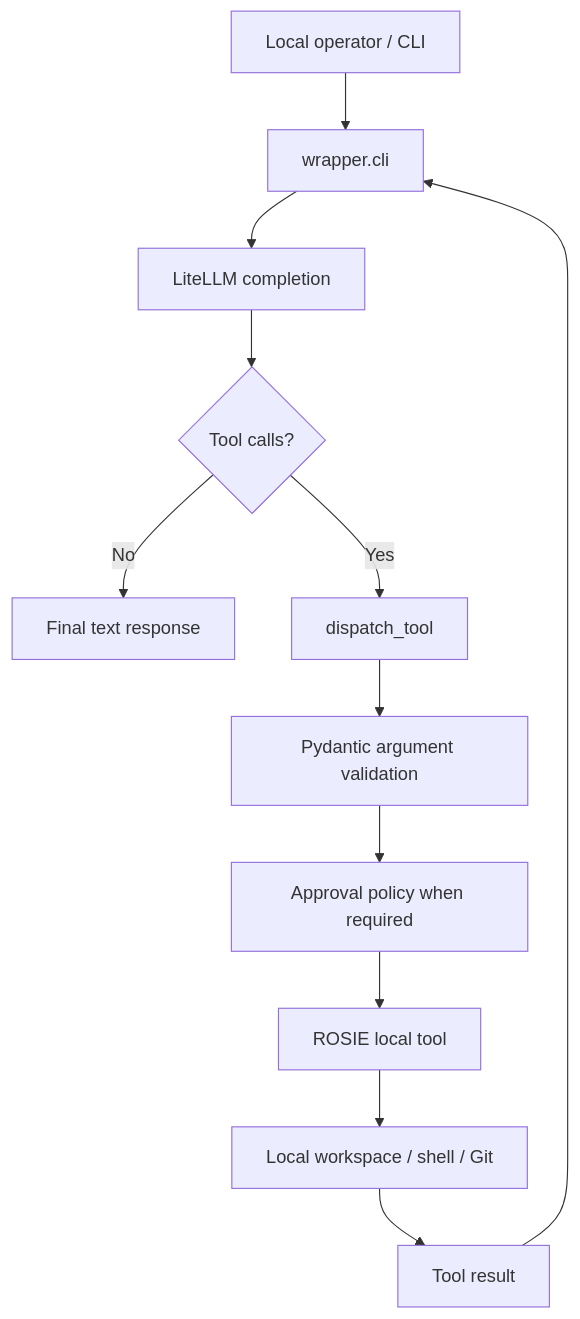
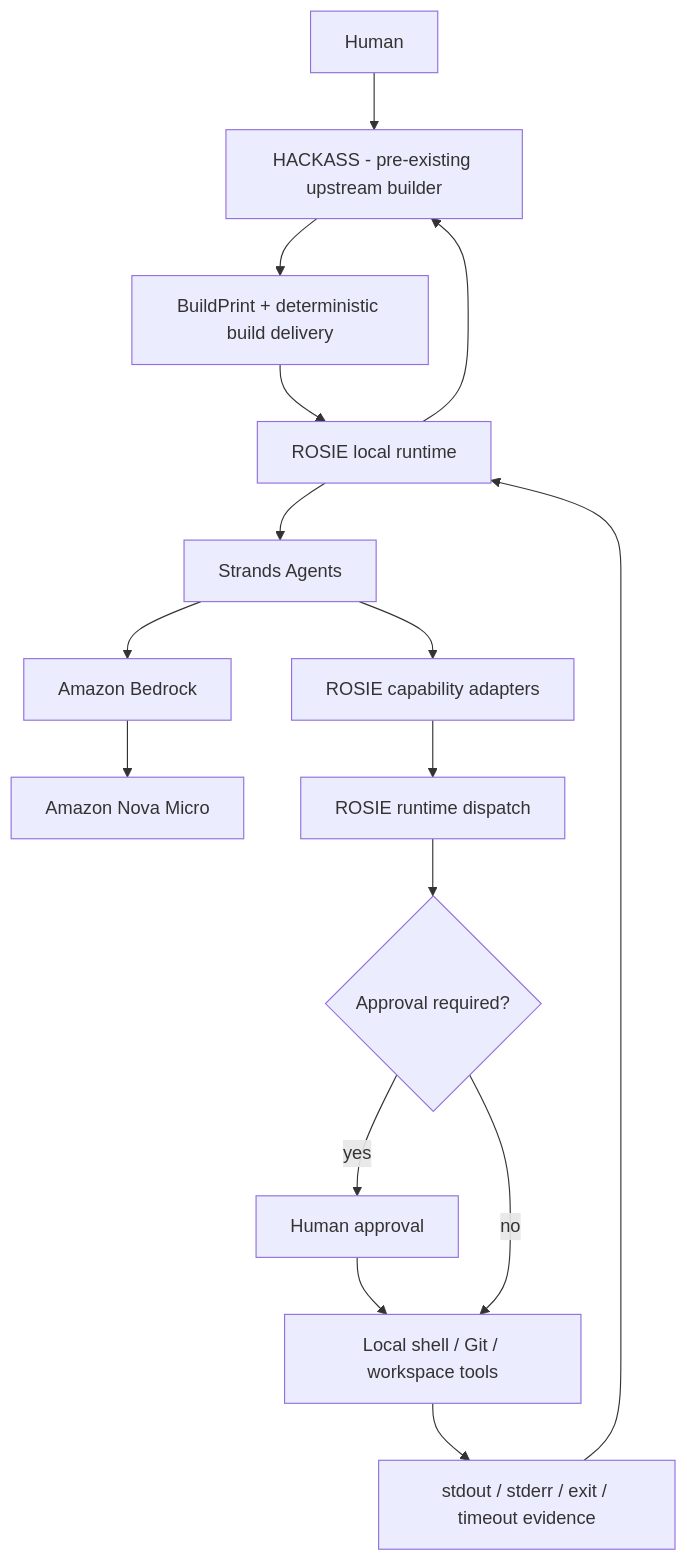
Before and after one commit to CenturionOversight/ROSIE: the diagram in docs/ARCHITECTURE.md, drawn with Mermaid. The commit also changed other lines of this file, not shown here.

Commit message:
Update ROSIE architecture for Strands local verification

````diff
--- a/docs/ARCHITECTURE.md
+++ b/docs/ARCHITECTURE.md
@@ -53,14 +9,18 @@
 ```mermaid
 flowchart TD
-    U[Local operator / CLI] --> C[wrapper.cli]
-    C --> M[LiteLLM completion]
-    M --> L{Tool calls?}
-    L -- No --> R[Final text response]
-    L -- Yes --> D[dispatch_tool]
-    D --> V[Pydantic argument validation]
-    V --> P[Approval policy when required]
-    P --> T[ROSIE local tool]
-    T --> W[Local workspace / shell / Git]
-    W --> O[Tool result]
-    O --> C
+    U[Human] --> H[HACKASS - pre-existing upstream builder]
+    H --> BP[BuildPrint + deterministic build delivery]
+    BP --> R[ROSIE local runtime]
+    R --> S[Strands Agents]
+    S --> B[Amazon Bedrock]
+    B --> N[Amazon Nova Micro]
+    S --> T[ROSIE capability adapters]
+    T --> D[ROSIE runtime dispatch]
+    D --> A{Approval required?}
+    A -- yes --> HU[Human approval]
+    HU --> X[Local shell / Git / workspace tools]
+    A -- no --> X
+    X --> E[stdout / stderr / exit / timeout evidence]
+    E --> R
+    R --> H
 ```
````
